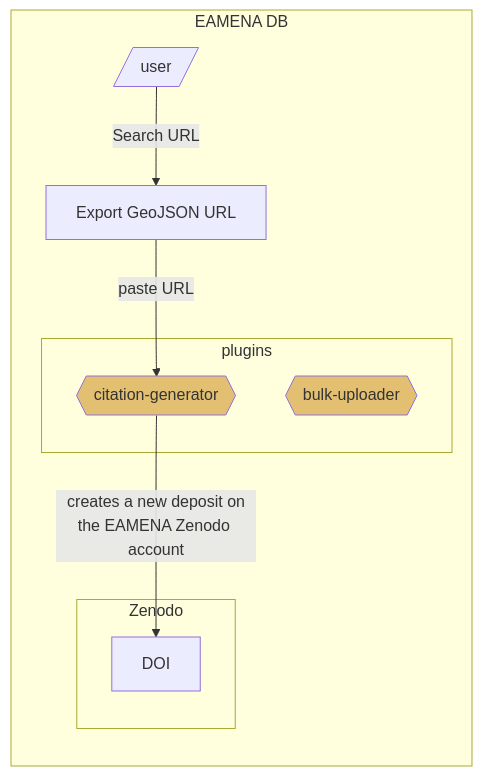
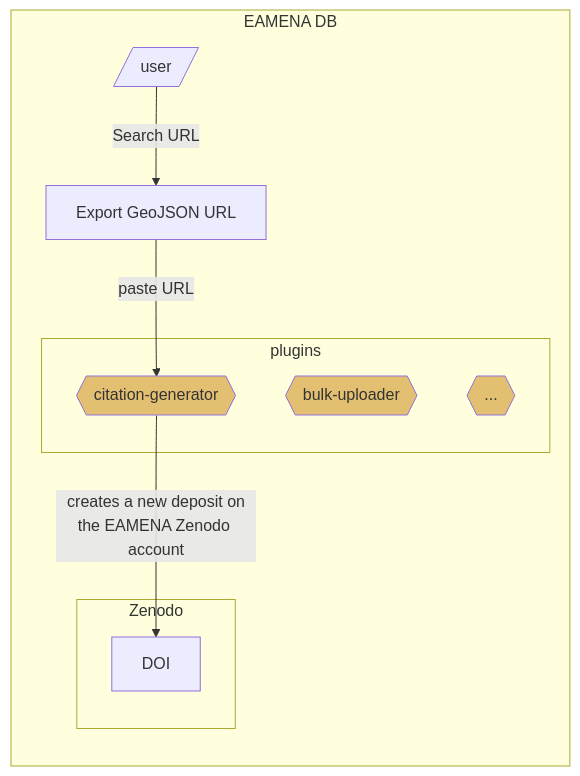
Before and after one commit to eamena-project/eamena-arches-dev: the first of 3 diagrams in data/bibref/README.md, drawn with Mermaid. The commit also changed other lines of this file, not shown here.

````diff
--- a/data/bibref/README.md
+++ b/data/bibref/README.md
@@ -10,15 +10,16 @@
 ```mermaid
 flowchart LR
 	subgraph EAMENA DB
 		U[/user/] -- Search URL --> E[Export GeoJSON URL]
 		E -- paste URL --> G{{citation-generator}}:::eamenaFunc;
 		subgraph plugins
 		G
 		H{{bulk-uploader}}:::eamenaFunc;
+		I{{...}}:::eamenaFunc;
 		end
 	subgraph "Zenodo"
 	G -- creates a new deposit on<br>the EAMENA Zenodo account --> DOI
 	end
 end
 classDef eamenaFunc fill:#e3c071;
 ```
````
